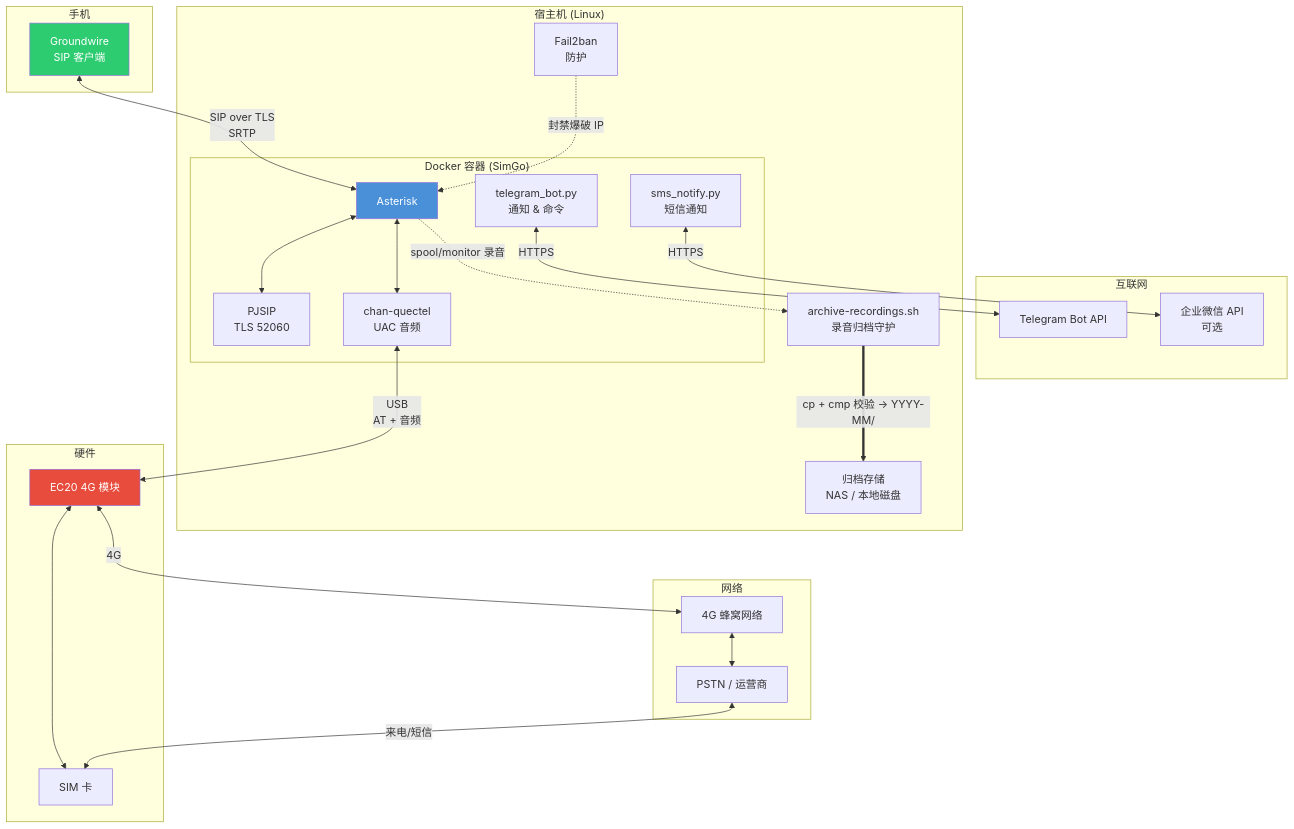
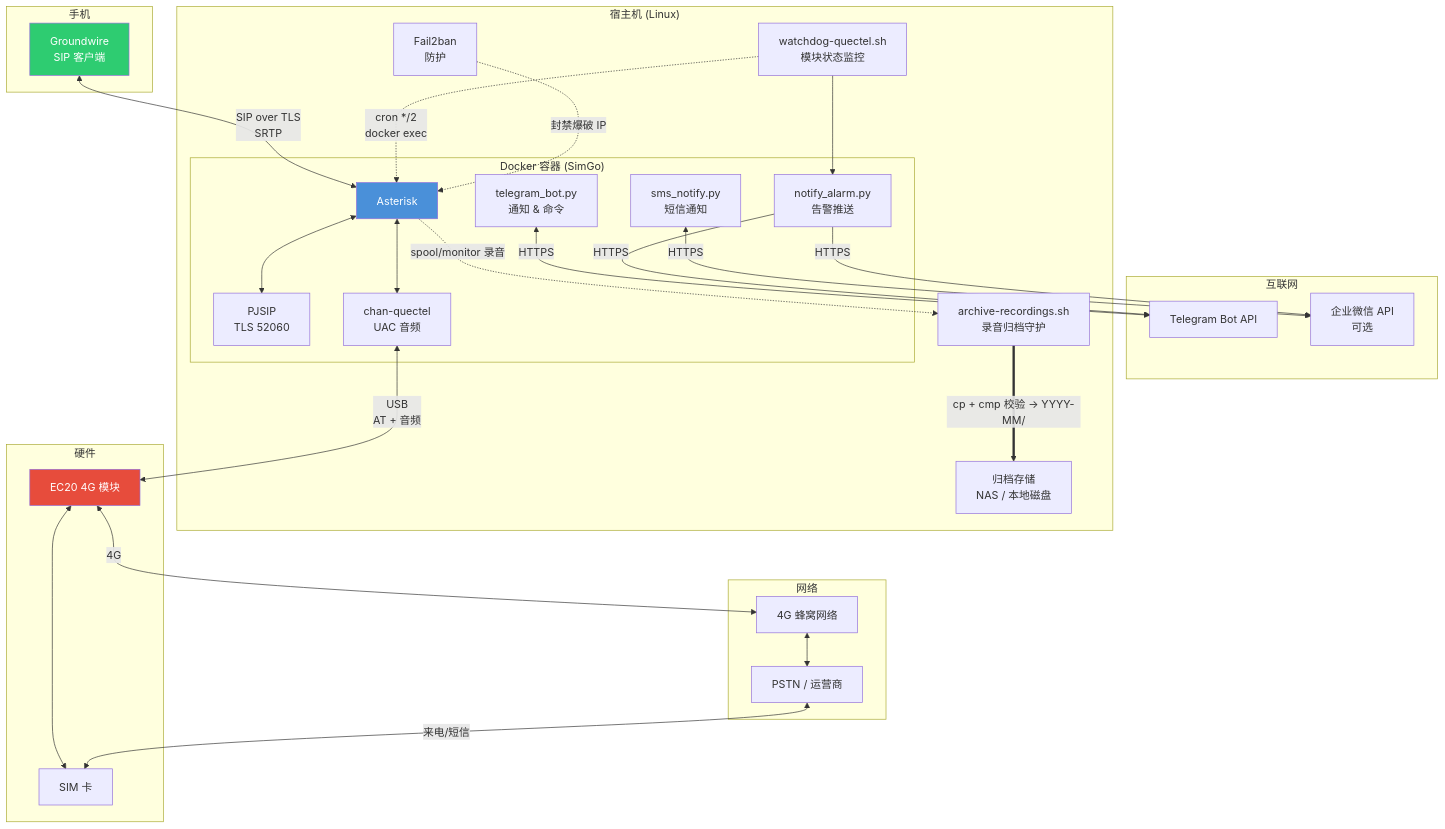
Before and after one commit to myleo1/SimGo: the diagram in README.md, drawn with Mermaid. The commit also changed other lines of this file and 9 other files, not shown here.

Commit message:
feat: host-side quectel module watchdog (debounced, self-healing, dual-channel notify)

````diff
--- a/README.md
+++ b/README.md
@@ -54,52 +55,58 @@
 ```mermaid
 graph TB
     subgraph "手机"
         GW[Groundwire<br/>SIP 客户端]
     end
 
     subgraph "互联网"
         TG[Telegram Bot API]
         WX[企业微信 API<br/>可选]
     end
 
     subgraph "宿主机 (Linux)"
         subgraph "Docker 容器 (SimGo)"
             AS[Asterisk]
             PS[PJSIP<br/>TLS 52060]
             QC[chan-quectel<br/>UAC 音频]
             BOT[telegram_bot.py<br/>通知 & 命令]
             SMS[sms_notify.py<br/>短信通知]
+            NA[notify_alarm.py<br/>告警推送]
         end
         F2B[Fail2ban<br/>防护]
         ARC[archive-recordings.sh<br/>录音归档守护]
+        WD[watchdog-quectel.sh<br/>模块状态监控]
         NASD[归档存储<br/>NAS / 本地磁盘]
     end
 
     subgraph "硬件"
         EC20[EC20 4G 模块]
         SIM[SIM 卡]
     end
 
     subgraph "网络"
         4G[4G 蜂窝网络]
         PSTN[PSTN / 运营商]
     end
 
     GW <-->|"SIP over TLS<br/>SRTP"| AS
     AS <--> PS
     AS <--> QC
     BOT <-->|"HTTPS"| TG
     SMS <-->|"HTTPS"| WX
+    WD -.->|"cron */2<br/>docker exec"| AS
+    WD --> NA
+    NA -->|"HTTPS"| TG
+    NA -->|"HTTPS"| WX
     QC <-->|"USB<br/>AT + 音频"| EC20
     EC20 <--> SIM
     EC20 <-->|"4G"| 4G
     4G <--> PSTN
     PSTN <-->|"来电/短信"| SIM
     F2B -.->|"封禁爆破 IP"| AS
     AS -.->|"spool/monitor 录音"| ARC
     ARC ==>|"cp + cmp 校验 → YYYY-MM/"| NASD
 
     style AS fill:#4a90d9,color:#fff
     style EC20 fill:#e74c3c,color:#fff
     style GW fill:#2ecc71,color:#fff
 ```
````
